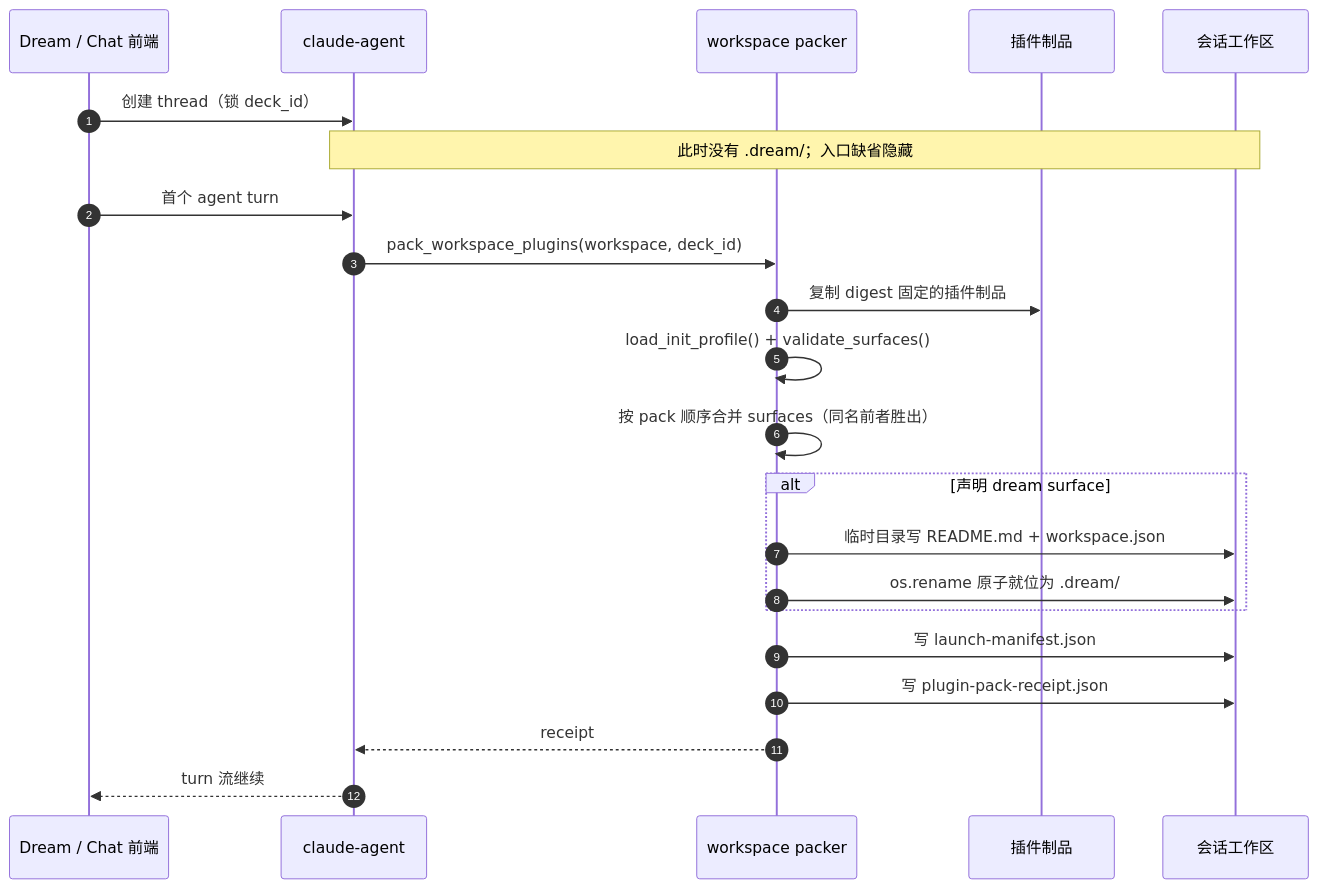
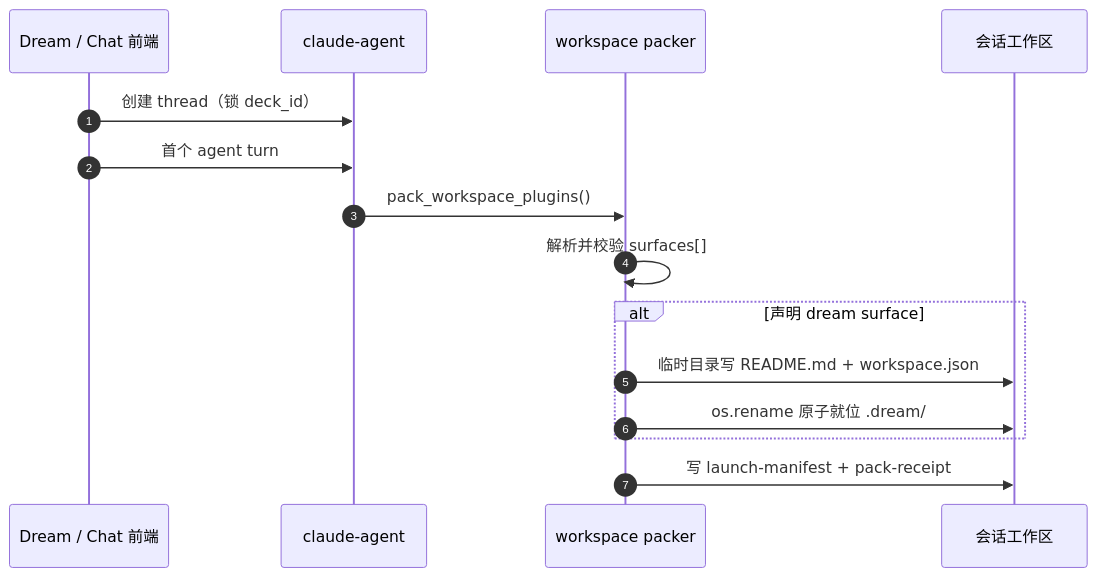
One commit to glide-the/im-dream changed the first of 2 diagrams in docs/design/story-workspace/design_006_dream-protocol-dir-mapping.md. Above: the diagram before and after it, drawn with Mermaid. The commit also changed other lines of this file and 9 other files, not shown here.

Commit message:
docs(story-workspace): define agent-driven dream workflow

````diff
--- a/docs/design/story-workspace/design_006_dream-protocol-dir-mapping.md
+++ b/docs/design/story-workspace/design_006_dream-protocol-dir-mapping.md
@@ -129,25 +87,18 @@
 ```mermaid
 sequenceDiagram
     autonumber
     participant FE as Dream / Chat 前端
     participant CA as claude-agent
     participant PK as workspace packer
-    participant AR as 插件制品
     participant FS as 会话工作区
 
     FE->>CA: 创建 thread（锁 deck_id）
-    Note over CA,FS: 此时没有 .dream/；入口缺省隐藏
     FE->>CA: 首个 agent turn
-    CA->>PK: pack_workspace_plugins(workspace, deck_id)
-    PK->>AR: 复制 digest 固定的插件制品
-    PK->>PK: load_init_profile() + validate_surfaces()
-    PK->>PK: 按 pack 顺序合并 surfaces（同名前者胜出）
+    CA->>PK: pack_workspace_plugins()
+    PK->>PK: 解析并校验 surfaces[]
     alt 声明 dream surface
         PK->>FS: 临时目录写 README.md + workspace.json
-        PK->>FS: os.rename 原子就位为 .dream/
+        PK->>FS: os.rename 原子就位 .dream/
     end
-    PK->>FS: 写 launch-manifest.json
-    PK->>FS: 写 plugin-pack-receipt.json
-    PK-->>CA: receipt
-    CA-->>FE: turn 流继续
+    PK->>FS: 写 launch-manifest + pack-receipt
 ```
````
